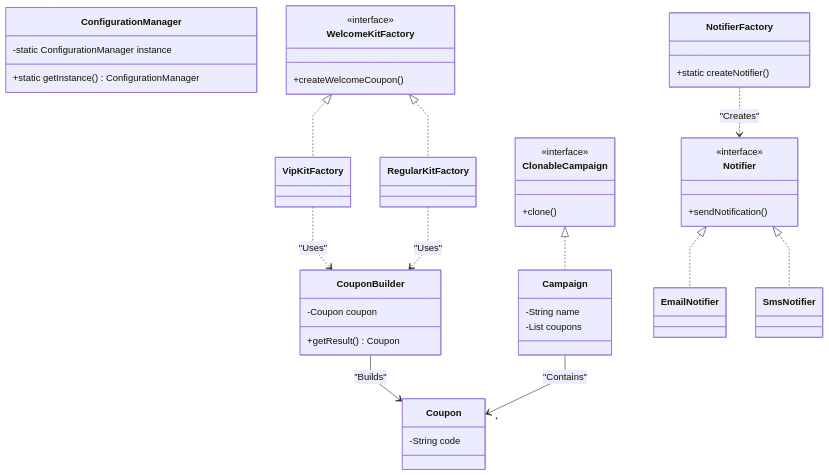
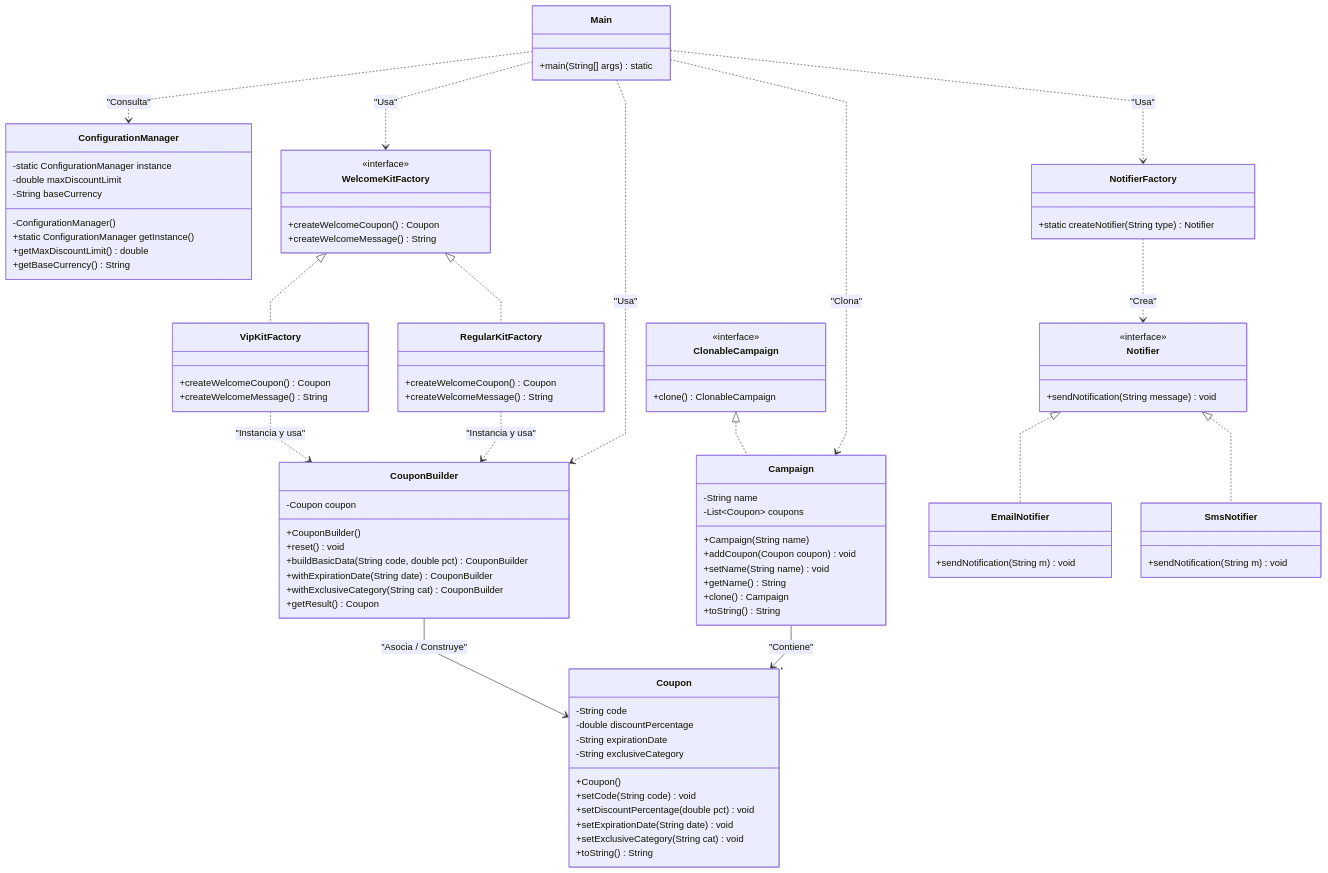
One commit to lucasberonvonbrand/creational-patterns changed the diagram in README.md. Above: the diagram before and after it, drawn with Mermaid.

````diff
--- a/README.md
+++ b/README.md
@@ -17,58 +17,105 @@
 ```mermaid
 %%{init: { 'flowchart': { 'curve': 'linear' } } }%%
 classDiagram
+    %% --- PATRÓN SINGLETON ---
     class ConfigurationManager {
         -static ConfigurationManager instance
-        +static getInstance() ConfigurationManager
+        -double maxDiscountLimit
+        -String baseCurrency
+        -ConfigurationManager()
+        +static ConfigurationManager getInstance()
+        +getMaxDiscountLimit() double
+        +getBaseCurrency() String
     }
+
+    %% --- PATRÓN BUILDER (CLASES INDEPENDIENTES) ---
     class Coupon {
         -String code
+        -double discountPercentage
+        -String expirationDate
+        -String exclusiveCategory
+        +Coupon()
+        +setCode(String code) void
+        +setDiscountPercentage(double pct) void
+        +setExpirationDate(String date) void
+        +setExclusiveCategory(String cat) void
+        +toString() String
     }
+
     class CouponBuilder {
         -Coupon coupon
+        +CouponBuilder()
+        +reset() void
+        +buildBasicData(String code, double pct) CouponBuilder
+        +withExpirationDate(String date) CouponBuilder
+        +withExclusiveCategory(String cat) CouponBuilder
         +getResult() Coupon
     }
+    CouponBuilder --> Coupon : "Asocia / Construye"
+
+    %% --- PATRÓN PROTOTYPE ---
     class ClonableCampaign {
         <<interface>>
-        +clone()
+        +clone() ClonableCampaign
     }
+
     class Campaign {
         -String name
-        -List coupons
+        -List~Coupon~ coupons
+        +Campaign(String name)
+        +addCoupon(Coupon coupon) void
+        +setName(String name) void
+        +getName() String
+        +clone() Campaign
+        +toString() String
     }
+    ClonableCampaign <|.. Campaign
+    Campaign --> "*" Coupon : "Contiene"
+
+    %% --- PATRÓN FACTORY METHOD ---
     class Notifier {
         <<interface>>
-        +sendNotification()
+        +sendNotification(String message) void
     }
+    class EmailNotifier { +sendNotification(String m) void }
+    class SmsNotifier { +sendNotification(String m) void }
+    Notifier <|.. EmailNotifier
+    Notifier <|.. SmsNotifier
+
     class NotifierFactory {
-        +static createNotifier()
+        +static createNotifier(String type) Notifier
     }
+    NotifierFactory ..> Notifier : "Crea"
+
+    %% --- PATRÓN ABSTRACT FACTORY ---
     class WelcomeKitFactory {
         <<interface>>
-        +createWelcomeCoupon()
-    }
-    class EmailNotifier {
-        %% Clase compacta sin celdas vacías
-    }
-    class SmsNotifier {
-        %% Clase compacta sin celdas vacías
-    }
-    class VipKitFactory {
-        %% Clase compacta sin celdas vacías
-    }
-    class RegularKitFactory {
-        %% Clase compacta sin celdas vacías
+        +createWelcomeCoupon() Coupon
+        +createWelcomeMessage() String
     }
 
-    CouponBuilder --> Coupon : "Builds"
-    ClonableCampaign <|.. Campaign
-    Campaign --> "*" Coupon : "Contains"
-    Notifier <|.. EmailNotifier
-    Notifier <|.. SmsNotifier
-    NotifierFactory ..> Notifier : "Creates"
+    class VipKitFactory {
+        +createWelcomeCoupon() Coupon
+        +createWelcomeMessage() String
+    }
+
+    class RegularKitFactory {
+        +createWelcomeCoupon() Coupon
+        +createWelcomeMessage() String
+    }
     WelcomeKitFactory <|.. VipKitFactory
     WelcomeKitFactory <|.. RegularKitFactory
-    VipKitFactory ..> CouponBuilder : "Uses"
-    RegularKitFactory ..> CouponBuilder : "Uses"
+    VipKitFactory ..> CouponBuilder : "Instancia y usa"
+    RegularKitFactory ..> CouponBuilder : "Instancia y usa"
+
+    %% --- CLIENTE / SIMULADOR ---
+    class Main {
+        +main(String[] args) static
+    }
+    Main ..> ConfigurationManager : "Consulta"
+    Main ..> CouponBuilder : "Usa"
+    Main ..> Campaign : "Clona"
+    Main ..> NotifierFactory : "Usa"
+    Main ..> WelcomeKitFactory : "Usa"
 
 ```
````
